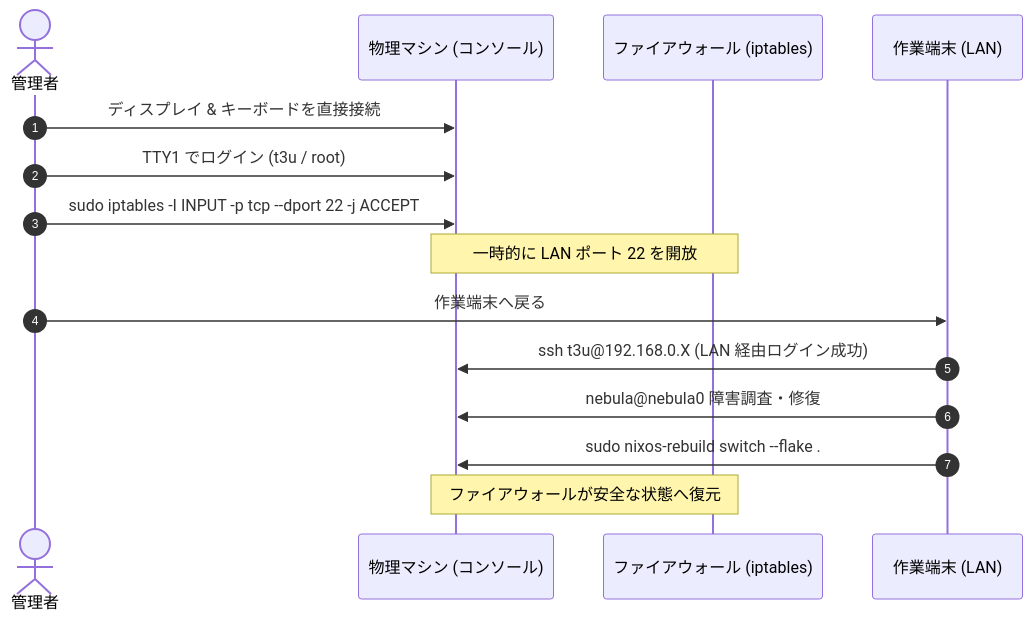
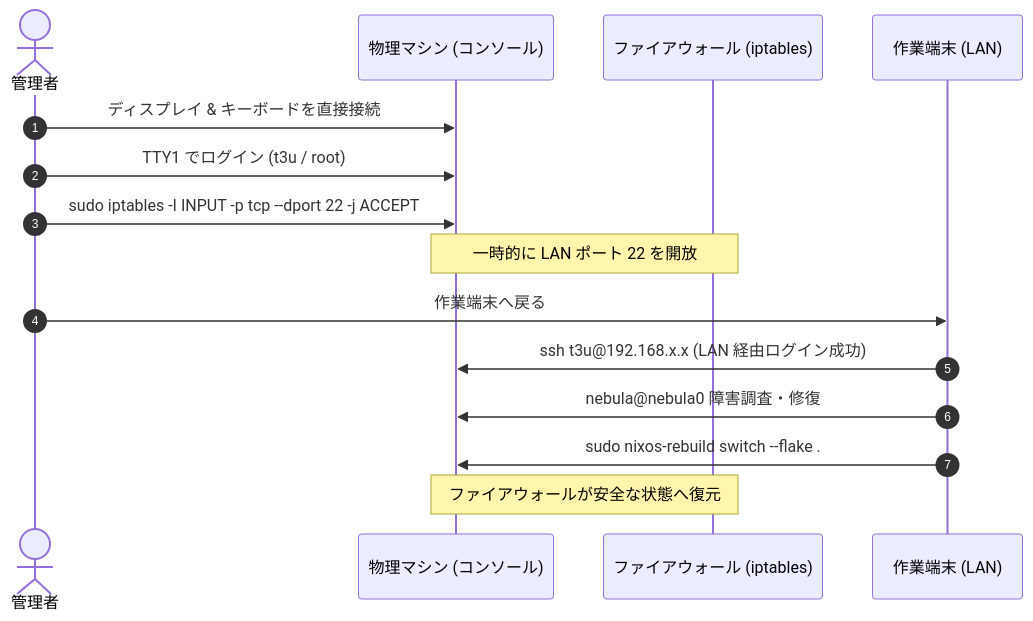
The second of 2 diagrams in docs/troubleshooting/network-recovery.md (t3u-tsu/nix-config), drawn with Mermaid before and after one commit. The commit also changed other lines of this file and 20 other files, not shown here.

````diff
--- a/docs/troubleshooting/network-recovery.md
+++ b/docs/troubleshooting/network-recovery.md
@@ -123,18 +83,18 @@
 ```mermaid
 sequenceDiagram
     autonumber
     actor Admin as 管理者
     participant PC as 物理マシン (コンソール)
     participant FW as ファイアウォール (iptables)
     participant Term as 作業端末 (LAN)
 
     Admin->>PC: ディスプレイ & キーボードを直接接続
     Admin->>PC: TTY1 でログイン (t3u / root)
     Admin->>PC: sudo iptables -I INPUT -p tcp --dport 22 -j ACCEPT
     Note over PC,FW: 一時的に LAN ポート 22 を開放
     Admin->>Term: 作業端末へ戻る
-    Term->>PC: ssh t3u@192.168.0.X (LAN 経由ログイン成功)
+    Term->>PC: ssh t3u@192.168.x.x (LAN 経由ログイン成功)
     Term->>PC: nebula@nebula0 障害調査・修復
     Term->>PC: sudo nixos-rebuild switch --flake .#hostname
     Note over PC,FW: ファイアウォールが安全な状態へ復元
 ```
````
